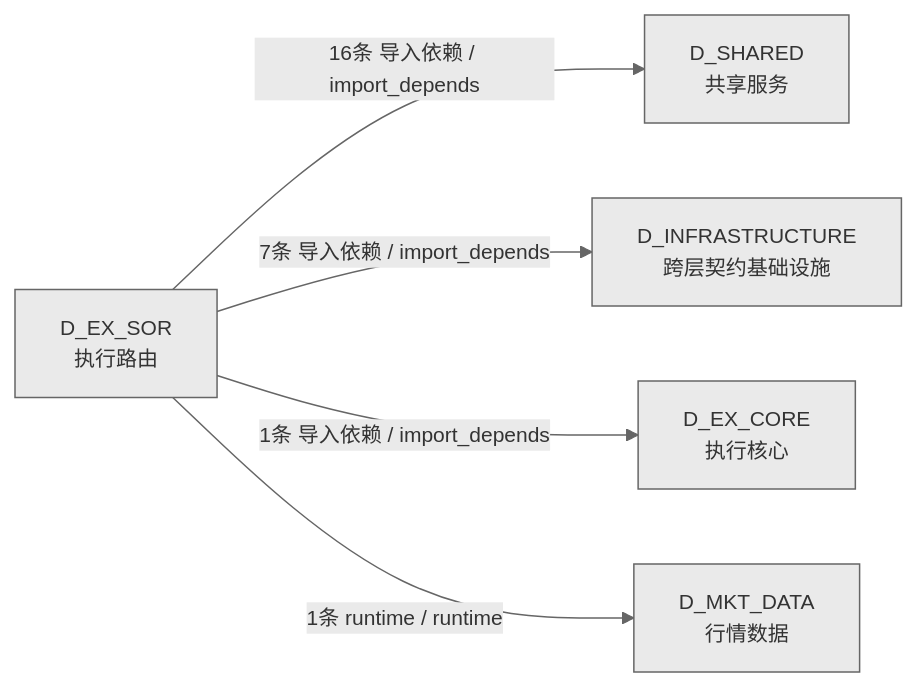
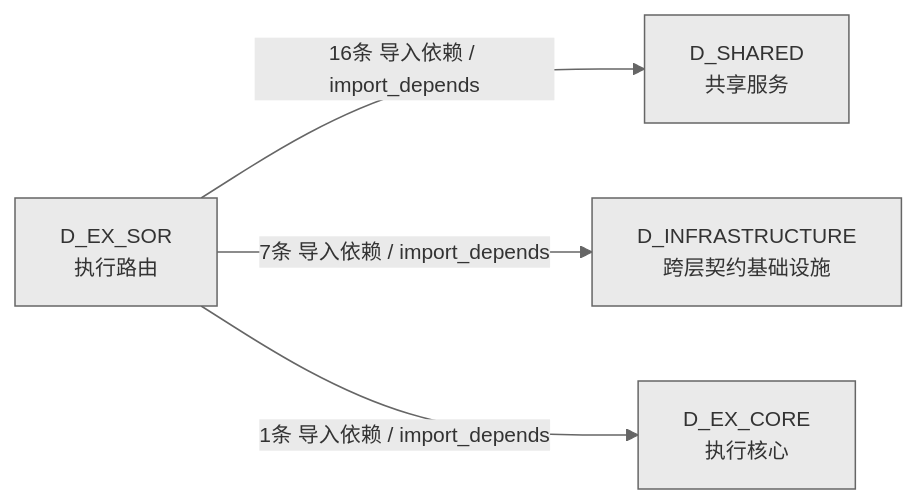
Before and after one commit to xuanFelixVan/ZephyrAlpha: the third of 3 diagrams in docs/02_enterprise_architecture/02_domain_architecture_docs/45_d_ex_sor.md, drawn with Mermaid. The commit also changed other lines of this file and 49 other files, not shown here.

````diff
--- a/docs/02_enterprise_architecture/02_domain_architecture_docs/45_d_ex_sor.md
+++ b/docs/02_enterprise_architecture/02_domain_architecture_docs/45_d_ex_sor.md
@@ -240,13 +237,11 @@
 ```mermaid
 %%{init: {'theme': 'base', 'themeVariables': {'primaryColor': '#eaeaea', 'primaryTextColor': '#333333', 'primaryBorderColor': '#666666', 'lineColor': '#666666', 'secondaryColor': '#eaeaea', 'tertiaryColor': '#eaeaea', 'fontSize': '14px'}}}%%
 graph LR
     D_EX_SOR["D_EX_SOR<br/>执行路由"]
     D_SHARED["D_SHARED<br/>共享服务"]
     D_INFRASTRUCTURE["D_INFRASTRUCTURE<br/>跨层契约基础设施"]
     D_EX_CORE["D_EX_CORE<br/>执行核心"]
-    D_MKT_DATA["D_MKT_DATA<br/>行情数据"]
     D_EX_SOR -->|16条 导入依赖 / import_depends| D_SHARED
     D_EX_SOR -->|7条 导入依赖 / import_depends| D_INFRASTRUCTURE
     D_EX_SOR -->|1条 导入依赖 / import_depends| D_EX_CORE
-    D_EX_SOR -->|1条 runtime / runtime| D_MKT_DATA
 ```
````
